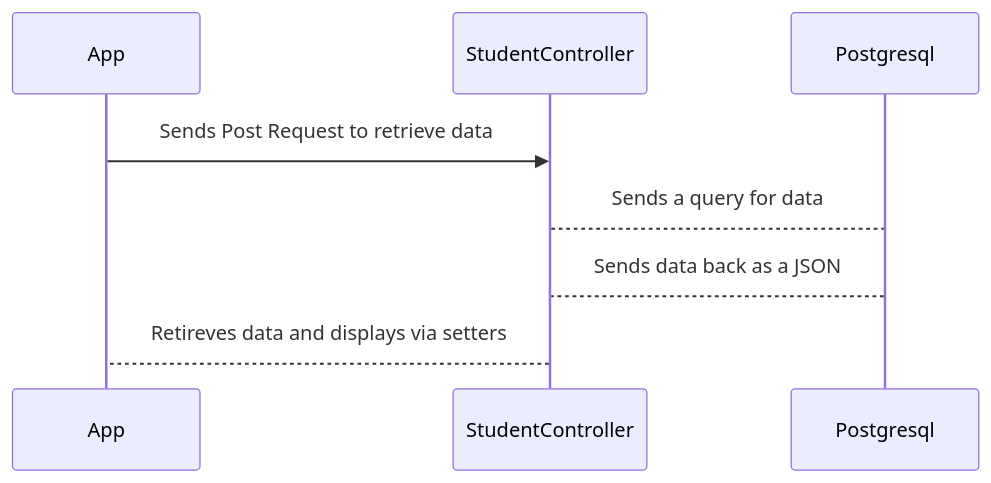
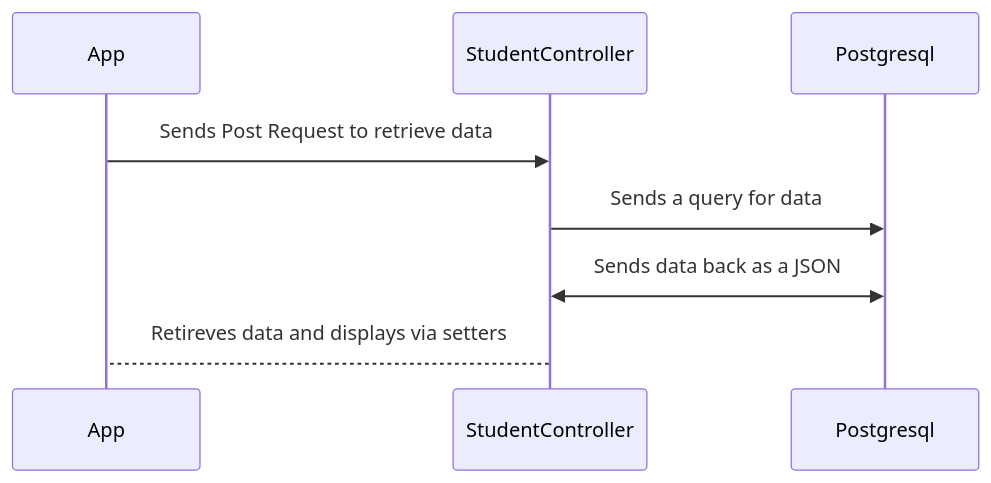
One commit to kxs-codes/zalk changed the first of 2 diagrams in documentation/guides/full-connection.md. Above: the diagram before and after it, drawn with Mermaid. The commit also changed other lines of this file and 1 other file, not shown here.

````diff
--- a/documentation/guides/full-connection.md
+++ b/documentation/guides/full-connection.md
@@ -19,11 +21,11 @@
 ```mermaid
 sequenceDiagram
     participant App
     participant StudentController
     participant Postgresql
     
     App ->> StudentController: Sends Post Request to retrieve data
-    StudentController --> Postgresql: Sends a query for data
-    Postgresql --> StudentController: Sends data back as a JSON
+    StudentController ->> Postgresql: Sends a query for data
+    Postgresql <<->> StudentController: Sends data back as a JSON
     StudentController --> App: Retireves data and displays via setters
 ```
````
